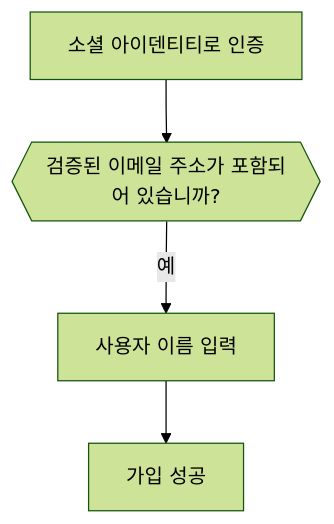
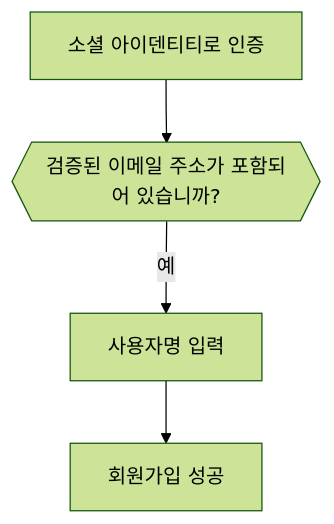
One commit to logto-io/docs changed the third of 6 diagrams in i18n/ko/docusaurus-plugin-content-docs/current/end-user-flows/sign-up-and-sign-in/social-sign-in.mdx. Above: the diagram before and after it, drawn with Mermaid (forest theme). The commit also changed other lines of this file and 59 other files, not shown here.

````diff
--- a/i18n/ko/docusaurus-plugin-content-docs/current/end-user-flows/sign-up-and-sign-in/social-sign-in.mdx
+++ b/i18n/ko/docusaurus-plugin-content-docs/current/end-user-flows/sign-up-and-sign-in/social-sign-in.mdx
@@ -142,6 +116,6 @@
    ```mermaid
    flowchart TD
       A[소셜 아이덴티티로 인증] --> B{{검증된 이메일 주소가 포함되어 있습니까?}}
-      B -- 예 --> C[사용자 이름 입력]
-      C --> D[가입 성공]
+      B -- 예 --> C[사용자명 입력]
+      C --> D[회원가입 성공]
    ```
````
